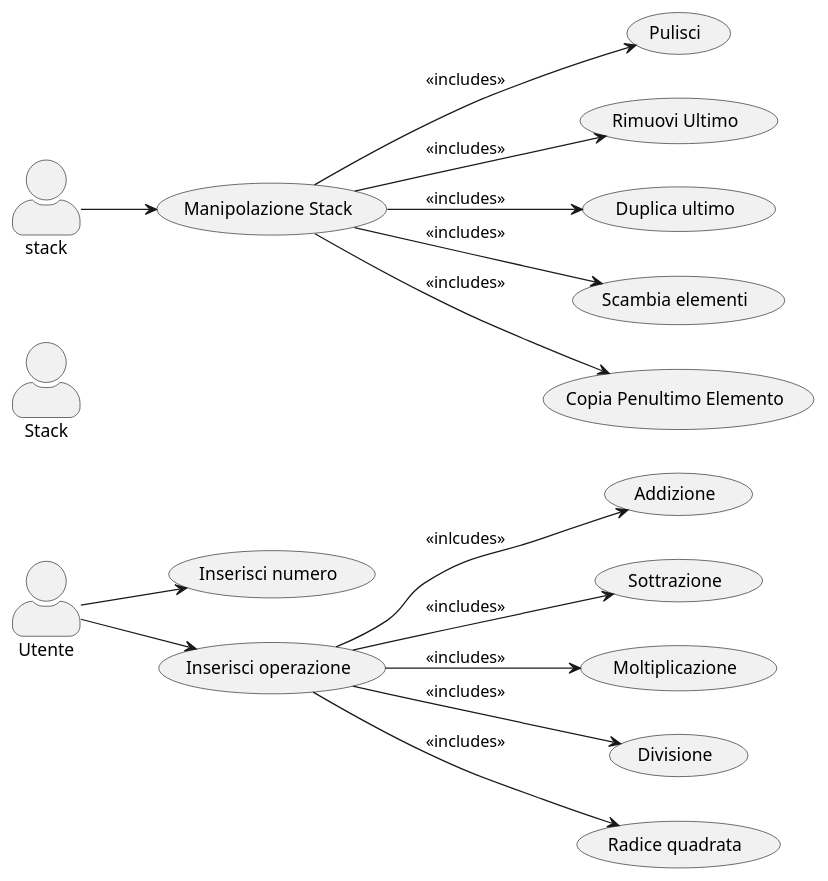
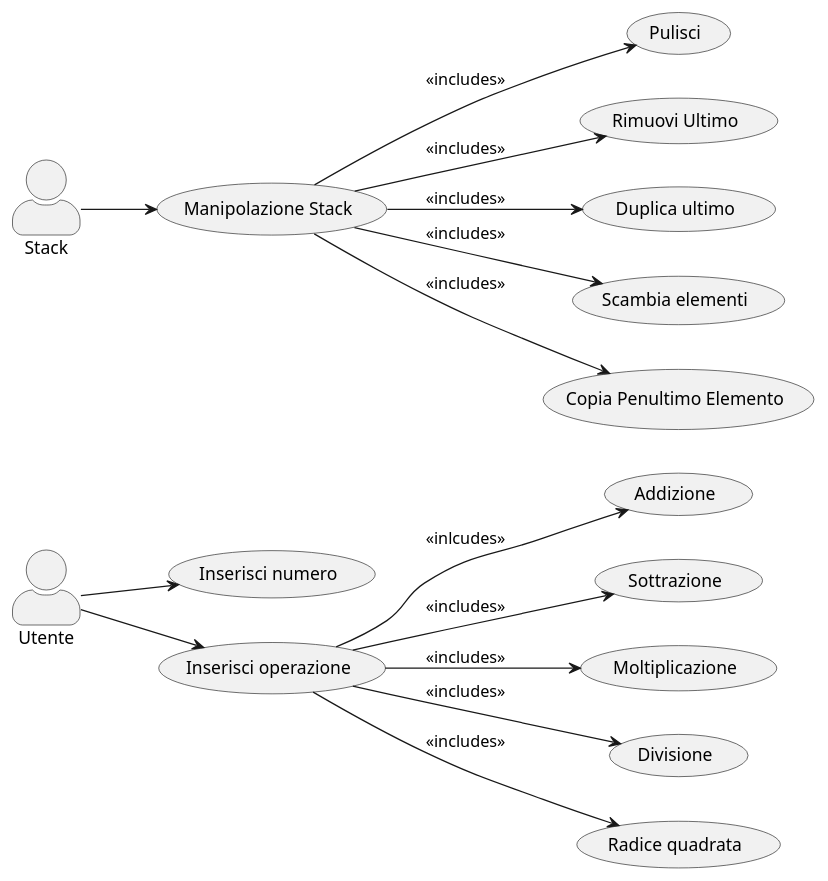
Before and after one commit to LuciaNancyLavista/Gruppo06_software_eng_L.I.V.P: the diagram in CalcolatriceProgrammabile/UseCaseDiagramm/Usecasecal.puml, drawn with PlantUML.

Commit message:
modifica nome Stacck
Corretto errore sul nome della variabile Stack che veniva considerato come un terzo attore nel codice precedente

```diff
--- a/CalcolatriceProgrammabile/UseCaseDiagramm/Usecasecal.puml
+++ b/CalcolatriceProgrammabile/UseCaseDiagramm/Usecasecal.puml
@@ -1,42 +1,42 @@
 @startuml calcolatrice
 skinparam actorStyle awesome
 left to right direction
 
 actor "Utente" as user 
 actor "Stack" as Stack 
 
 
 
 usecase "Inserisci numero" as inserisci
 usecase "Inserisci operazione" as operazione
 usecase "Addizione" as add 
 usecase "Sottrazione" as minus
 usecase "Moltiplicazione" as multiply
 usecase "Divisione" as division
 usecase "Radice quadrata" as sqrt 
 
 usecase "Manipolazione Stack" as manipolazione
 usecase "Pulisci" as clear
 usecase "Rimuovi Ultimo" as drop
 usecase "Duplica ultimo" as dup
 usecase "Scambia elementi" as swap
 usecase "Copia Penultimo Elemento" as over 
 
 user  --> operazione
 user --> inserisci 
 operazione --> add : <<inlcudes>>
 operazione --> minus : <<includes>>
 operazione --> multiply : <<includes>>
 operazione --> division : <<includes>>
 operazione --> sqrt : <<includes>>
 
 
-stack --> manipolazione 
+Stack --> manipolazione 
 manipolazione --> clear : <<includes>>
 manipolazione --> drop : <<includes>>
 manipolazione --> dup : <<includes>>
 manipolazione --> swap : <<includes>>
 manipolazione -->over : <<includes>>
 
 
 @enduml
```
